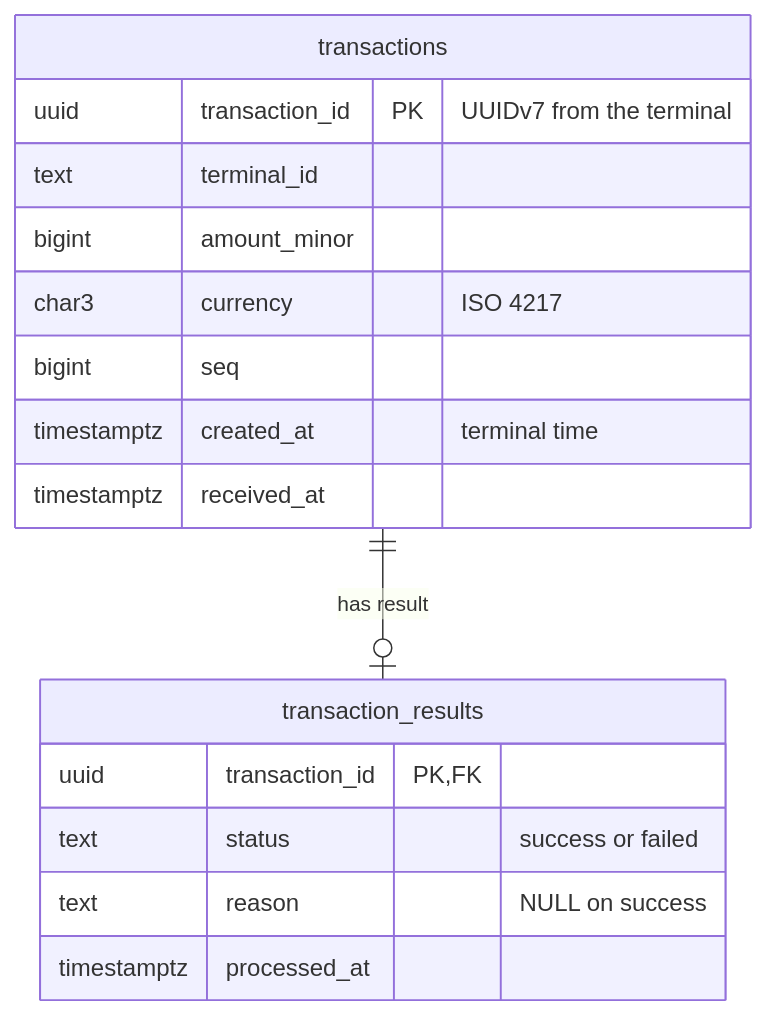
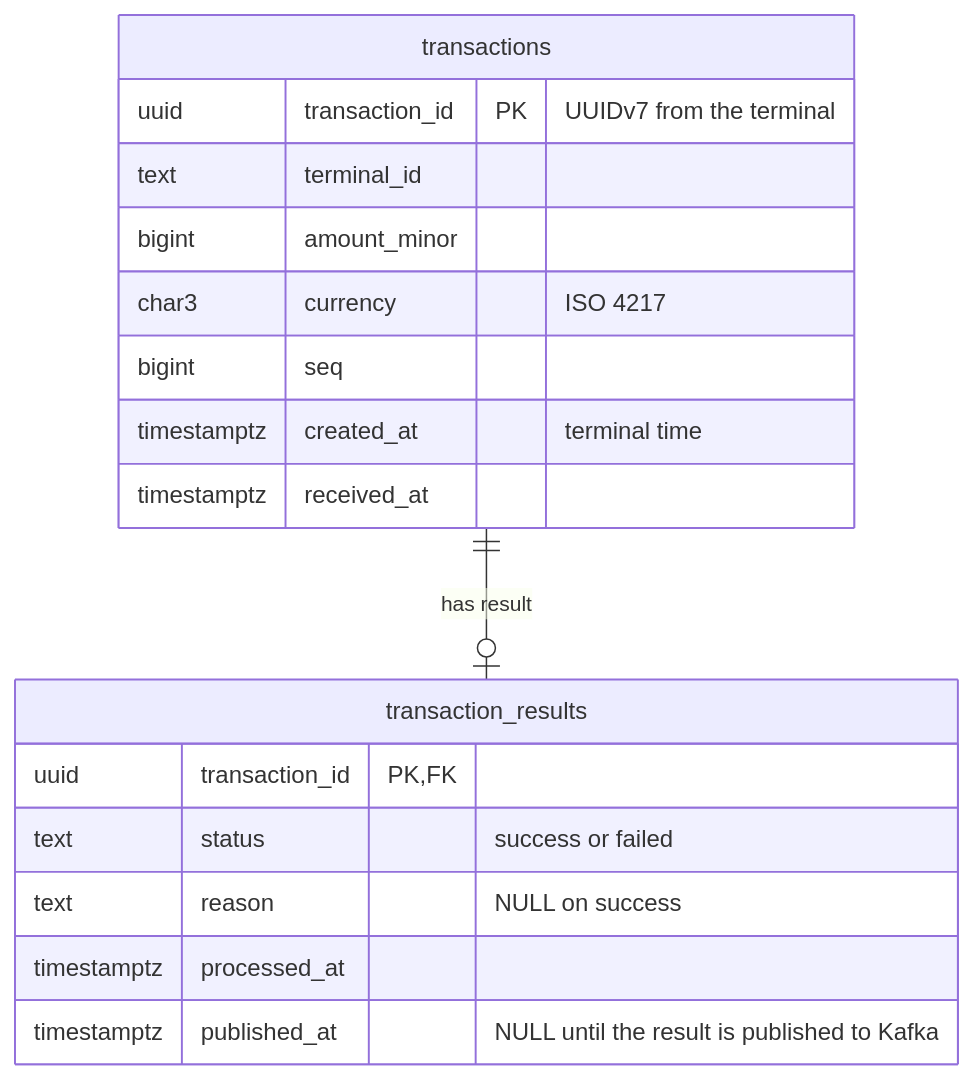
One commit to pos-term/payment-processor changed the diagram in README.md. Above: the diagram before and after it, drawn with Mermaid. The commit also changed other lines of this file and 9 other files, not shown here.

````diff
--- a/README.md
+++ b/README.md
@@ -28,19 +28,20 @@
 ```mermaid
 erDiagram
     transactions ||--o| transaction_results : "has result"
     transactions {
         uuid transaction_id PK "UUIDv7 from the terminal"
         text terminal_id
         bigint amount_minor
         char3 currency "ISO 4217"
         bigint seq
         timestamptz created_at "terminal time"
         timestamptz received_at
     }
     transaction_results {
         uuid transaction_id PK, FK
         text status "success or failed"
         text reason "NULL on success"
         timestamptz processed_at
+        timestamptz published_at "NULL until the result is published to Kafka"
     }
 ```
````
